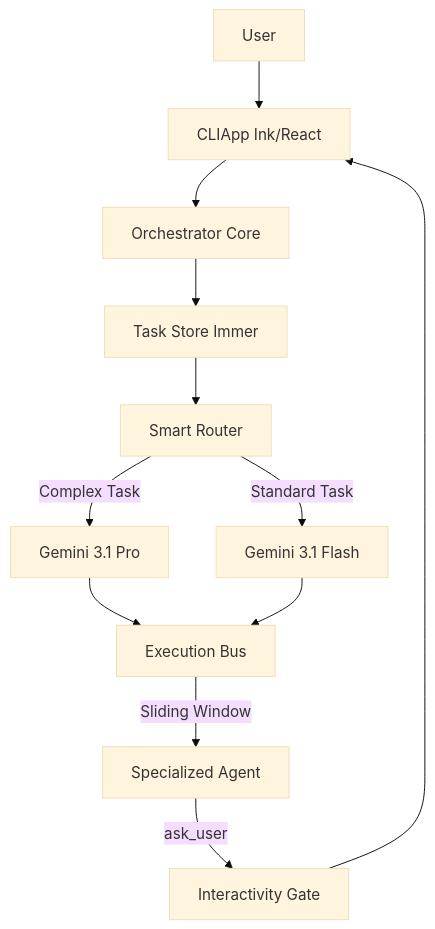
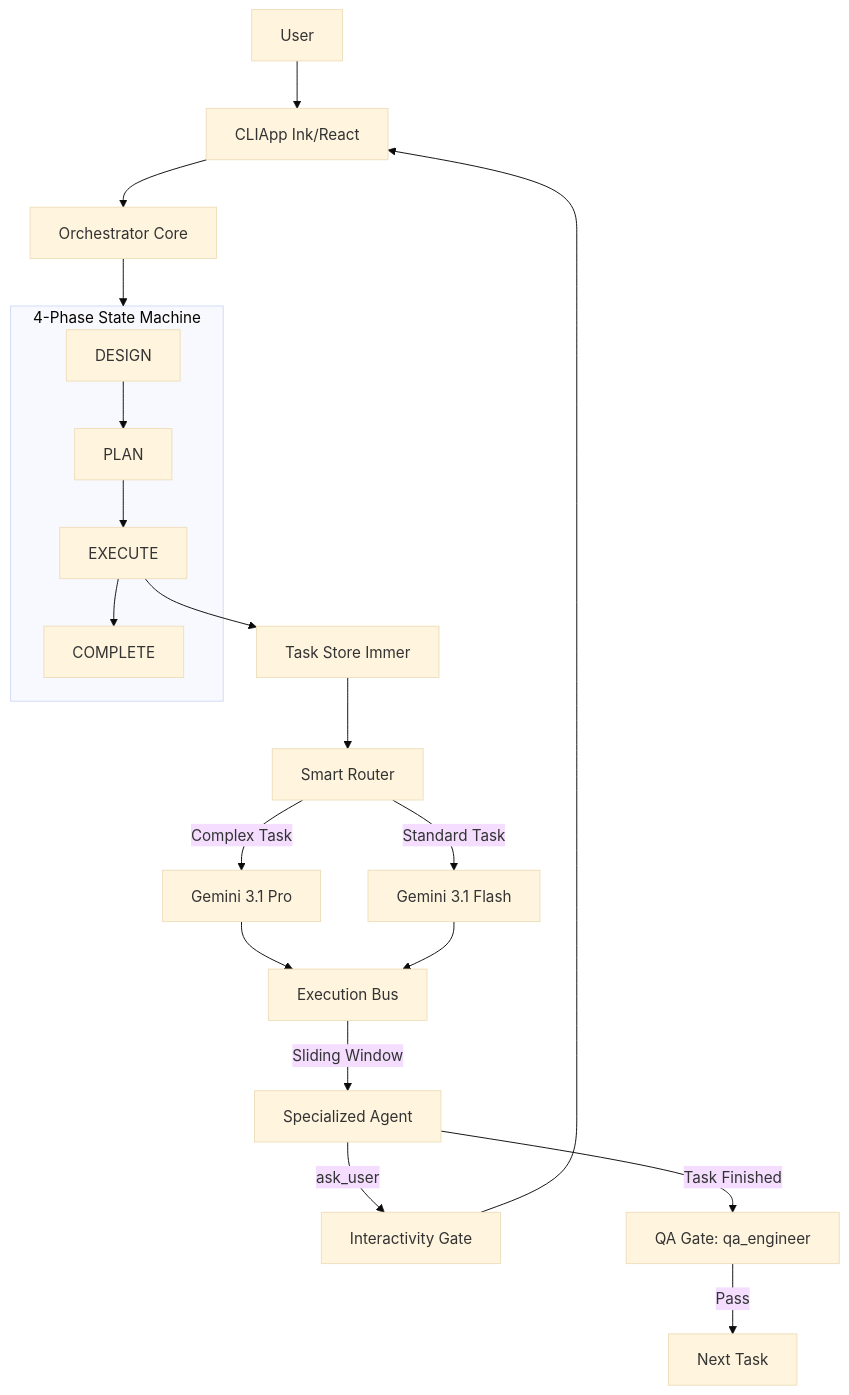
Before and after one commit to MDHaarith/nexus-prime: the diagram in README.md, drawn with Mermaid (base theme). The commit also changed other lines of this file and 38 other files, not shown here.

````diff
--- a/README.md
+++ b/README.md
@@ -27,17 +29,28 @@
 ```mermaid
 graph TD
     User[User] --> CLI[CLIApp Ink/React]
     CLI --> Orchestrator[Orchestrator Core]
-    Orchestrator --> TaskStore[Task Store Immer]
+    
+    subgraph StateMachine [4-Phase State Machine]
+        DESIGN[DESIGN] --> PLAN[PLAN]
+        PLAN --> EXECUTE[EXECUTE]
+        EXECUTE --> COMPLETE[COMPLETE]
+    end
+    
+    Orchestrator --> StateMachine
+    EXECUTE --> TaskStore[Task Store Immer]
     TaskStore --> SmartRouter[Smart Router]
     
     SmartRouter -- Complex Task --> Pro[Gemini 3.1 Pro]
     SmartRouter -- Standard Task --> Flash[Gemini 3.1 Flash]
     
     Pro --> ExecutionBus[Execution Bus]
     Flash --> ExecutionBus
     
     ExecutionBus -- Sliding Window --> Agent[Specialized Agent]
     Agent -- ask_user --> Gate[Interactivity Gate]
     Gate --> CLI
+    
+    Agent -- Task Finished --> QA[QA Gate: qa_engineer]
+    QA -- Pass --> NextTask[Next Task]
 ```
````
